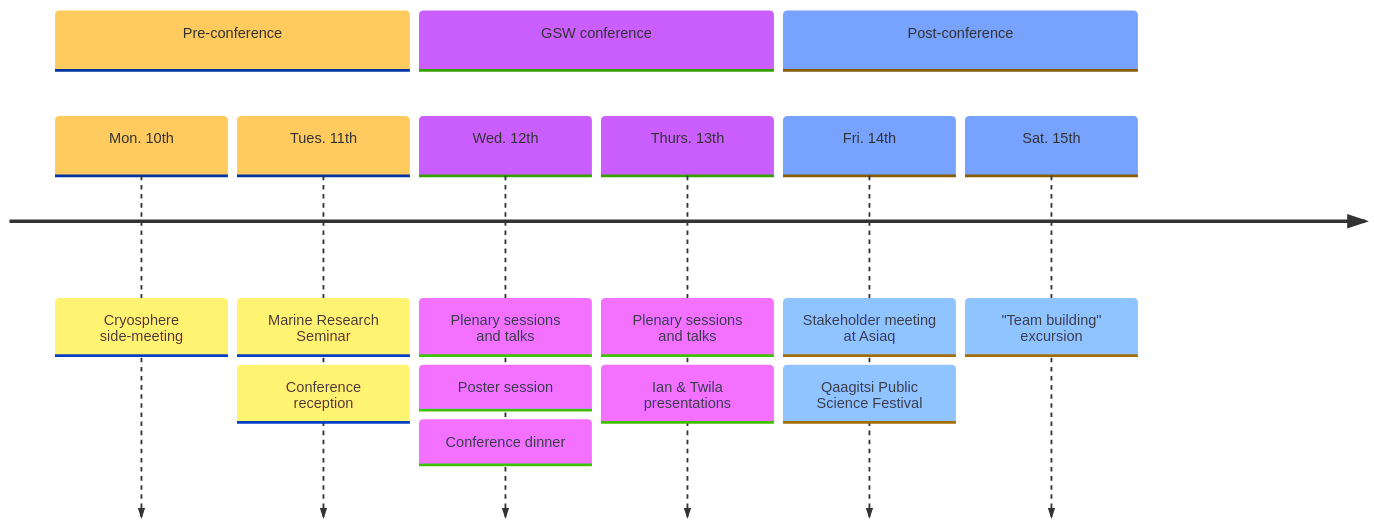
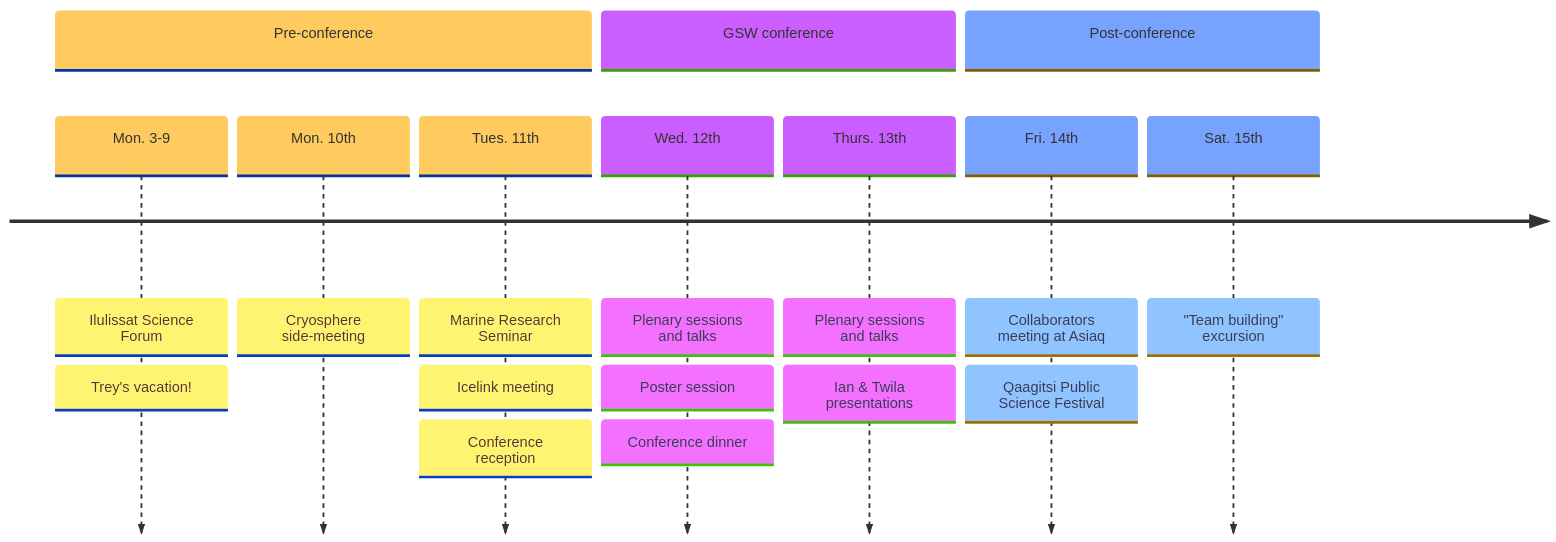
The diagram in presentations/gsw2025-overview.qmd (QGreenland-Net/qgreenland-net.github.io), drawn with Mermaid before and after one commit. The commit also changed other lines of this file and 2 other files, not shown here.

````diff
--- a/presentations/gsw2025-overview.qmd
+++ b/presentations/gsw2025-overview.qmd
@@ -94,23 +144,26 @@
 ```{mermaid}
 ---
 config:
   theme: 'base'
   timeline:
     disableMulticolor: true
 ---
 timeline
     section Pre-conference
+        Mon. 3-9: Ilulissat Science Forum
+                : Trey's vacation!
         Mon. 10th: Cryosphere side-meeting
         Tues. 11th : Marine Research Seminar
+                   : Icelink meeting
                    : Conference reception
     section GSW conference
         Wed. 12th: Plenary sessions and talks
                  : Poster session
                  : Conference dinner
         Thurs. 13th: Plenary sessions and talks
                    : Ian & Twila presentations
     section Post-conference
-        Fri. 14th : Stakeholder meeting at Asiaq
+        Fri. 14th : Collaborators meeting at Asiaq
                 : Qaagitsi Public Science Festival
         Sat. 15th : "Team building" excursion
 ```
````
